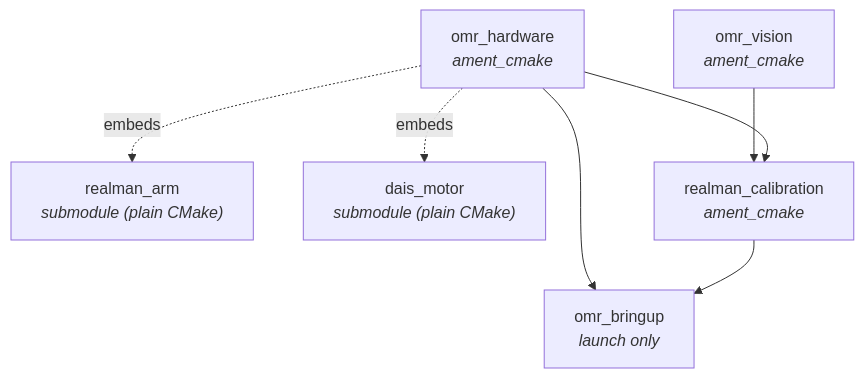
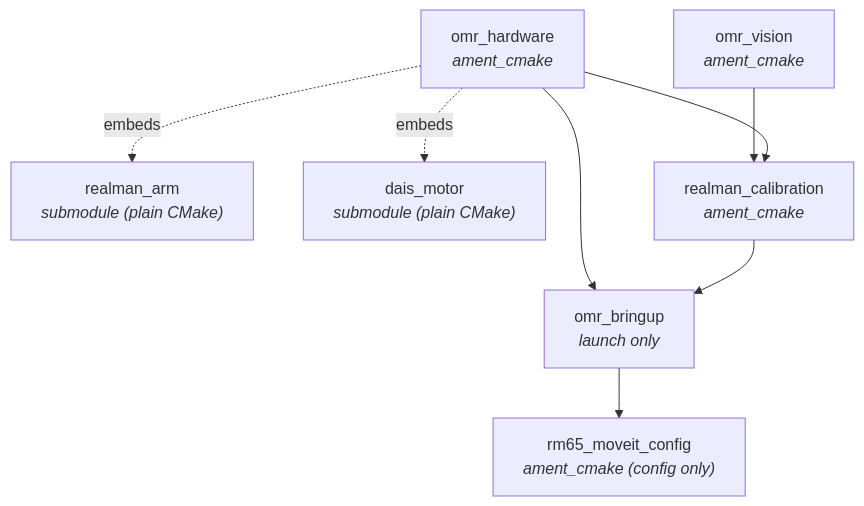
The second of 4 diagrams in README.md (sunyuming53-byte/the_first_box), drawn with Mermaid before and after one commit. The commit also changed other lines of this file, not shown here.

First line of the commit message:
docs: add MoveIt2 door trajectory and rm65_moveit_config to README

````diff
--- a/README.md
+++ b/README.md
@@ -249,16 +303,17 @@
 ```mermaid
 graph TD
     vision["omr_vision<br/><i>ament_cmake</i>"]
     hw["omr_hardware<br/><i>ament_cmake</i>"]
     arm["realman_arm<br/><i>submodule (plain CMake)</i>"]
     motor["dais_motor<br/><i>submodule (plain CMake)</i>"]
     calib["realman_calibration<br/><i>ament_cmake</i>"]
     bringup["omr_bringup<br/><i>launch only</i>"]
 
     vision --> calib
     hw -.->|embeds| arm
     hw -.->|embeds| motor
     hw --> calib
     hw --> bringup
     calib --> bringup
+    bringup --> moveit["rm65_moveit_config<br/><i>ament_cmake (config only)</i>"]
 ```
````
